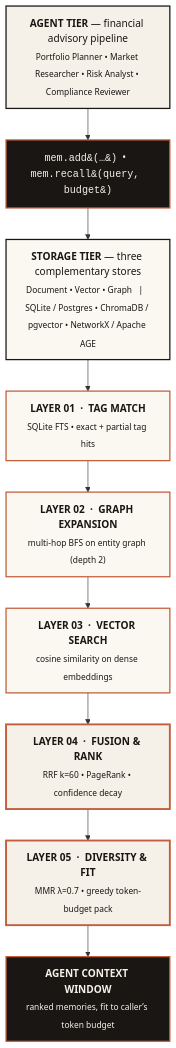
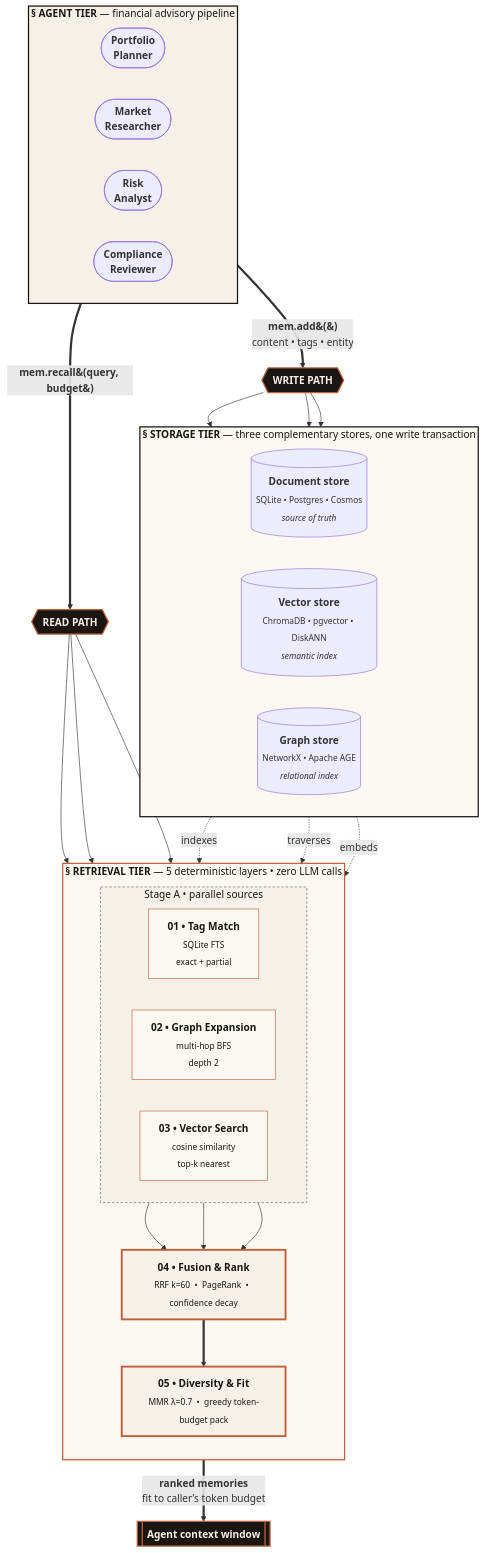
Before and after one commit to bolnet/attestor: the first of 2 diagrams in README.md, drawn with Mermaid.

Commit message:
docs: refine three-tier solution diagram
- Restore three-tier layout (agents / storage / retrieval)
- Add 'Stage A · parallel sources' inner subgraph to visually group
  layers 01–03 vs the serial 04/05 stages
- Bolder labels, heavier fusion/fit borders, sharper storage→layer
  wiring verbs (indexes / traverses / embeds)
- Thick (==>) arrows for primary flow, thin for indexing relations

````diff
--- a/README.md
+++ b/README.md
@@ -40,35 +40,73 @@
 ```mermaid
 flowchart TB
-    AGENTS["<b>AGENT TIER</b> &mdash; financial advisory pipeline<br/><sub>Portfolio Planner &bull; Market Researcher &bull; Risk Analyst &bull; Compliance Reviewer</sub>"]
+    %% === AGENT TIER ===
+    subgraph AGENTS [<b>&sect; AGENT TIER</b> &mdash; financial advisory pipeline]
+        direction LR
+        A1([<b>Portfolio<br/>Planner</b>])
+        A2([<b>Market<br/>Researcher</b>])
+        A3([<b>Risk<br/>Analyst</b>])
+        A4([<b>Compliance<br/>Reviewer</b>])
+    end
 
-    CALL["<code>mem.add&#40;&hellip;&#41;</code> &nbsp;&bull;&nbsp; <code>mem.recall&#40;query, budget&#41;</code>"]
+    %% === API SURFACE ===
+    AGENTS ==>|<b>mem.add&#40;&#41;</b><br/>content &bull; tags &bull; entity| WRITE{{<b>WRITE PATH</b>}}
+    AGENTS ==>|<b>mem.recall&#40;query, budget&#41;</b>| READ{{<b>READ PATH</b>}}
 
-    STORAGE["<b>STORAGE TIER</b> &mdash; three complementary stores<br/><sub>Document &bull; Vector &bull; Graph &nbsp;&nbsp;|&nbsp;&nbsp; SQLite / Postgres &bull; ChromaDB / pgvector &bull; NetworkX / Apache AGE</sub>"]
+    %% === STORAGE TIER ===
+    subgraph STORAGE [<b>&sect; STORAGE TIER</b> &mdash; three complementary stores, one write transaction]
+        direction LR
+        S1[(<b>Document store</b><br/><sub>SQLite &bull; Postgres &bull; Cosmos<br/><i>source of truth</i></sub>)]
+        S2[(<b>Vector store</b><br/><sub>ChromaDB &bull; pgvector &bull; DiskANN<br/><i>semantic index</i></sub>)]
+        S3[(<b>Graph store</b><br/><sub>NetworkX &bull; Apache AGE<br/><i>relational index</i></sub>)]
+    end
 
-    L1["<b>LAYER 01 &nbsp;&middot;&nbsp; TAG MATCH</b><br/><sub>SQLite FTS &bull; exact + partial tag hits</sub>"]
-    L2["<b>LAYER 02 &nbsp;&middot;&nbsp; GRAPH EXPANSION</b><br/><sub>multi-hop BFS on entity graph (depth 2)</sub>"]
-    L3["<b>LAYER 03 &nbsp;&middot;&nbsp; VECTOR SEARCH</b><br/><sub>cosine similarity on dense embeddings</sub>"]
-    L4["<b>LAYER 04 &nbsp;&middot;&nbsp; FUSION &amp; RANK</b><br/><sub>RRF k=60 &bull; PageRank &bull; confidence decay</sub>"]
-    L5["<b>LAYER 05 &nbsp;&middot;&nbsp; DIVERSITY &amp; FIT</b><br/><sub>MMR &lambda;=0.7 &bull; greedy token-budget pack</sub>"]
+    WRITE --> S1
+    WRITE --> S2
+    WRITE --> S3
 
-    CTX["<b>AGENT CONTEXT WINDOW</b><br/><sub>ranked memories, fit to caller&rsquo;s token budget</sub>"]
+    %% === RETRIEVAL TIER ===
+    subgraph RETRIEVAL [<b>&sect; RETRIEVAL TIER</b> &mdash; 5 deterministic layers &bull; zero LLM calls]
+        direction TB
 
-    AGENTS --> CALL
-    CALL --> STORAGE
-    STORAGE --> L1
-    L1 --> L2
-    L2 --> L3
-    L3 --> L4
-    L4 --> L5
-    L5 --> CTX
+        subgraph SOURCES [Stage A &bull; parallel sources]
+            direction LR
+            L1[<b>01 &bull; Tag Match</b><br/><sub>SQLite FTS<br/>exact + partial</sub>]
+            L2[<b>02 &bull; Graph Expansion</b><br/><sub>multi-hop BFS<br/>depth 2</sub>]
+            L3[<b>03 &bull; Vector Search</b><br/><sub>cosine similarity<br/>top-k nearest</sub>]
+        end
 
-    style AGENTS   fill:#F5F1E8,stroke:#1A1614,stroke-width:2px,color:#1A1614
-    style CALL     fill:#1A1614,stroke:#C15F3C,stroke-width:2px,color:#F5F1E8
-    style STORAGE  fill:#FBF8F1,stroke:#1A1614,stroke-width:2px,color:#1A1614
-    style L1       fill:#FBF8F1,stroke:#C15F3C,stroke-width:2px,color:#1A1614
-    style L2       fill:#FBF8F1,stroke:#C15F3C,stroke-width:2px,color:#1A1614
-    style L3       fill:#FBF8F1,stroke:#C15F3C,stroke-width:2px,color:#1A1614
-    style L4       fill:#F5F1E8,stroke:#C15F3C,stroke-width:3px,color:#1A1614
-    style L5       fill:#F5F1E8,stroke:#C15F3C,stroke-width:3px,color:#1A1614
-    style CTX      fill:#1A1614,stroke:#C15F3C,stroke-width:2px,color:#F5F1E8
+        L4[<b>04 &bull; Fusion &amp; Rank</b><br/><sub>RRF k=60 &nbsp;&bull;&nbsp; PageRank &nbsp;&bull;&nbsp; confidence decay</sub>]
+        L5[<b>05 &bull; Diversity &amp; Fit</b><br/><sub>MMR &lambda;=0.7 &nbsp;&bull;&nbsp; greedy token-budget pack</sub>]
+
+        L1 --> L4
+        L2 --> L4
+        L3 --> L4
+        L4 ==> L5
+    end
+
+    %% read fan-out and storage wiring
+    READ --> L1
+    READ --> L2
+    READ --> L3
+
+    S1 -. indexes .-> L1
+    S3 -. traverses .-> L2
+    S2 -. embeds .-> L3
+
+    %% === OUTPUT ===
+    L5 ==>|<b>ranked memories</b><br/>fit to caller&rsquo;s token budget| CTX[[<b>Agent context window</b>]]
+
+    %% === STYLING ===
+    style AGENTS    fill:#F5F1E8,stroke:#1A1614,stroke-width:2px,color:#1A1614
+    style STORAGE   fill:#FBF8F1,stroke:#1A1614,stroke-width:2px,color:#1A1614
+    style RETRIEVAL fill:#FBF8F1,stroke:#C15F3C,stroke-width:2px,color:#1A1614
+    style SOURCES   fill:#F5F1E8,stroke:#6B5F4F,stroke-dasharray:4 3,color:#1A1614
+    style WRITE     fill:#1A1614,stroke:#C15F3C,stroke-width:2px,color:#F5F1E8
+    style READ      fill:#1A1614,stroke:#C15F3C,stroke-width:2px,color:#F5F1E8
+    style L1        fill:#FBF8F1,stroke:#C15F3C,color:#1A1614
+    style L2        fill:#FBF8F1,stroke:#C15F3C,color:#1A1614
+    style L3        fill:#FBF8F1,stroke:#C15F3C,color:#1A1614
+    style L4        fill:#F5F1E8,stroke:#C15F3C,stroke-width:3px,color:#1A1614
+    style L5        fill:#F5F1E8,stroke:#C15F3C,stroke-width:3px,color:#1A1614
+    style CTX       fill:#1A1614,stroke:#C15F3C,stroke-width:2px,color:#F5F1E8
 ```
````
